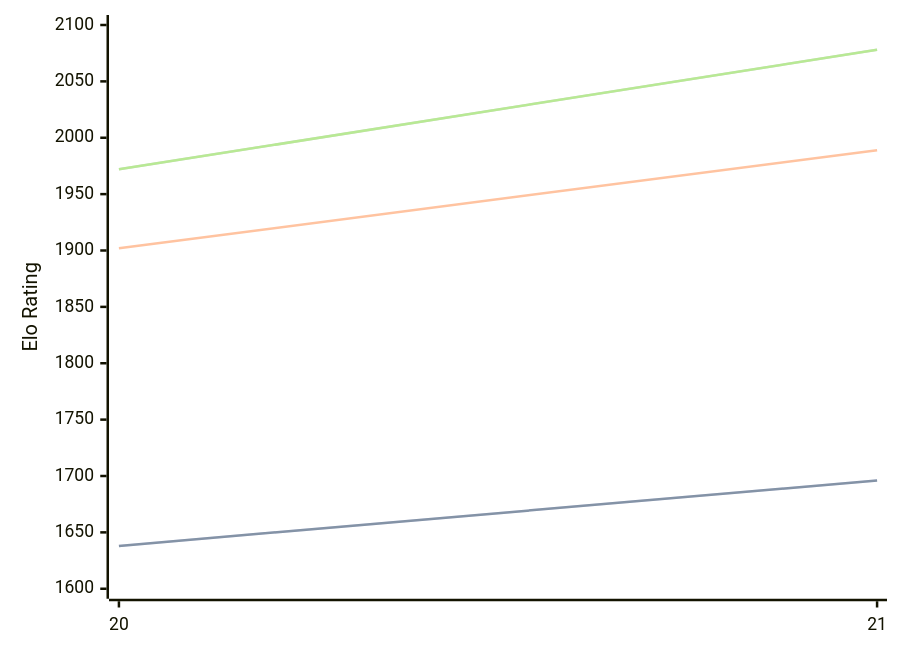
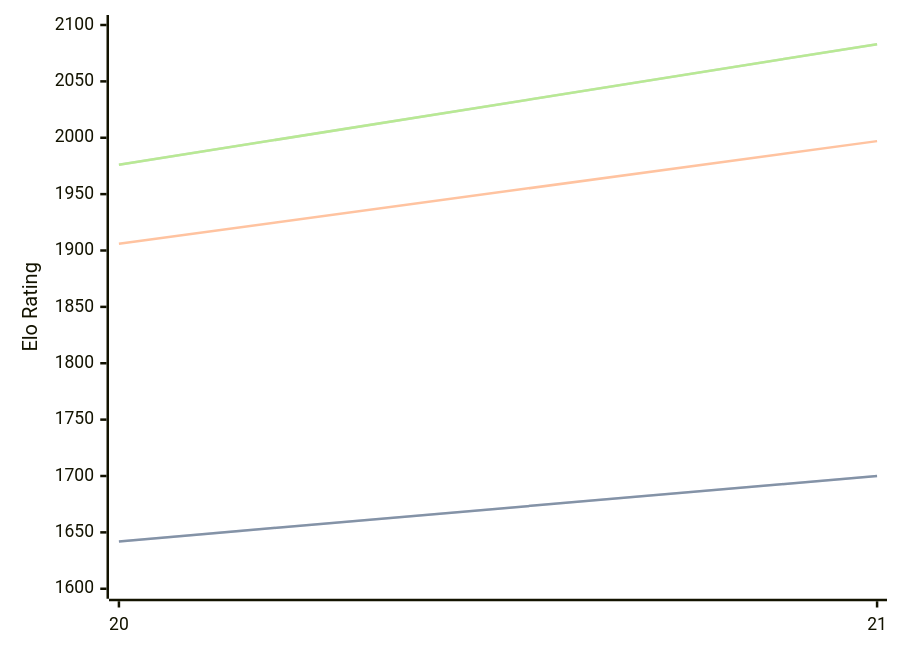
The diagram in engines/PurplePanda.md (computer-chess-index/cci), drawn with Mermaid before and after one commit. The commit also changed other lines of this file, not shown here.

Commit message:
Update CCI Ratings (ELO VLTC) - 2026-08-18

````diff
--- a/engines/PurplePanda.md
+++ b/engines/PurplePanda.md
@@ -32,11 +32,11 @@
 ```mermaid
 %%{init: {"theme":"base","themeVariables":{"seriesColors:['#a3a3a3','#222221','#faa371']}}}%%
 xychart-beta
   x-axis ["20", "21"]
   y-axis "Elo Rating" 1600 --> 2100
-  line "STC (8.0+0.08s)" [1638, 1696]
-  line "STC (8.0+0.08s)" [1638, 1696]
-  line "LTC (60.0+0.60s)" [1902, 1989]
-  line "VLTC (2m24s+1.12s)" [1972, 2078]
-  line "VLTC (2m24s+1.12s)" [1972, 2078]
+  line "STC (8.0+0.08s)" [1642, 1700]
+  line "STC (8.0+0.08s)" [1642, 1700]
+  line "LTC (60.0+0.60s)" [1906, 1997]
+  line "VLTC (2m24s+1.12s)" [1976, 2083]
+  line "VLTC (2m24s+1.12s)" [1976, 2083]
 ```
````
